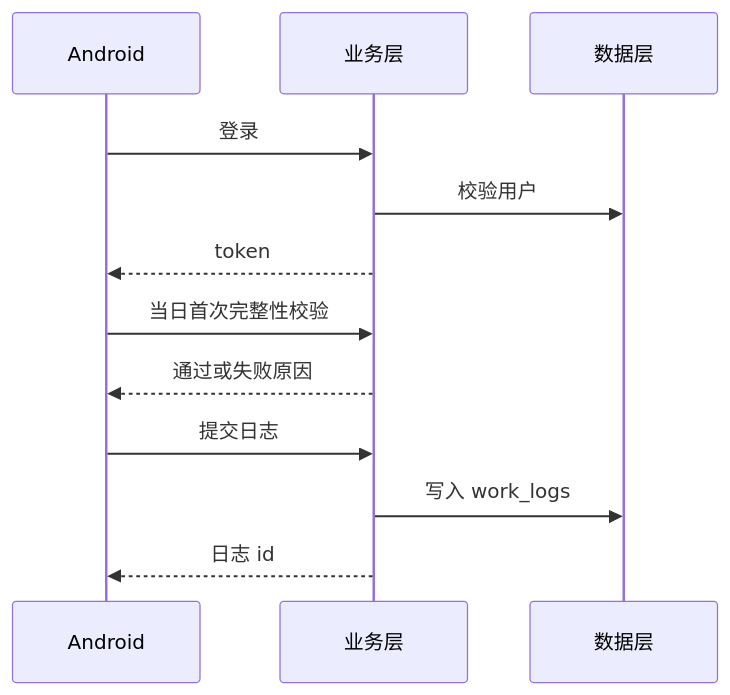
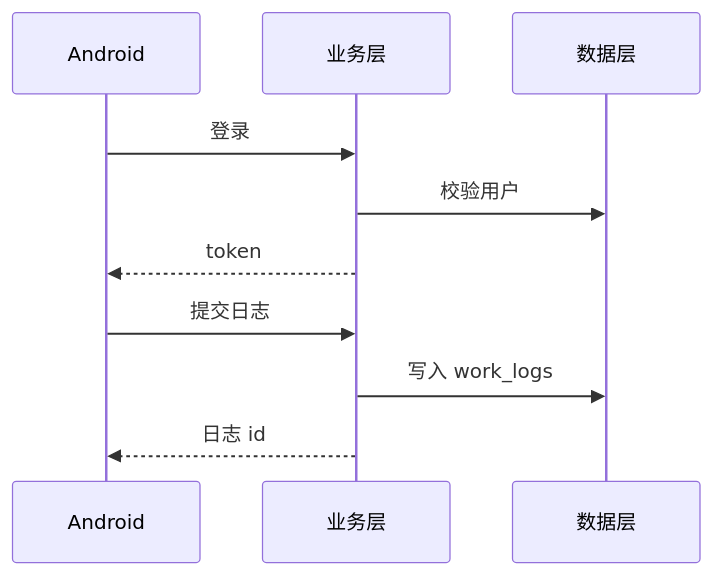
One commit to zayinO-00-01/project-pandora changed the second of 2 diagrams in docs/产品需求与设计-初版.md. Above: the diagram before and after it, drawn with Mermaid. The commit also changed other lines of this file and 31 other files, not shown here.

````diff
--- a/docs/产品需求与设计-初版.md
+++ b/docs/产品需求与设计-初版.md
@@ -273,14 +273,12 @@
 ```mermaid
 sequenceDiagram
   participant App as Android
   participant API as 业务层
   participant DB as 数据层
   App->>API: 登录
   API->>DB: 校验用户
   API-->>App: token
-  App->>API: 当日首次完整性校验
-  API-->>App: 通过或失败原因
   App->>API: 提交日志
   API->>DB: 写入 work_logs
   API-->>App: 日志 id
 ```
````
